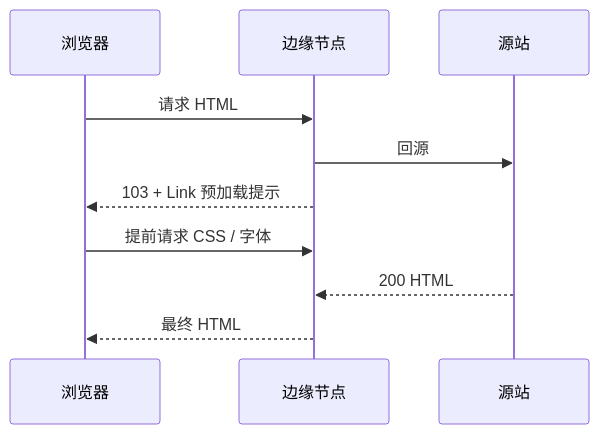
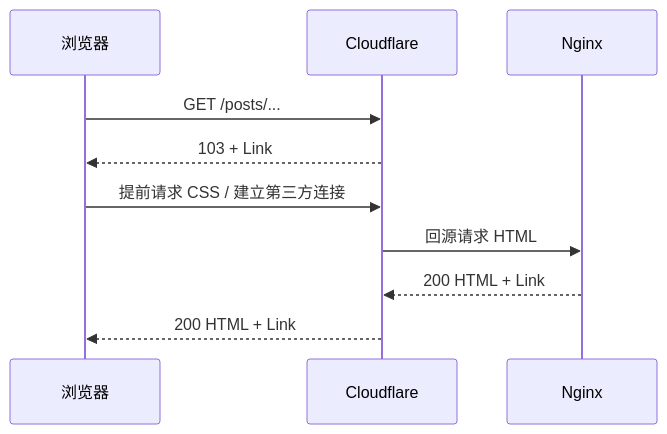
One commit to ljh12138164/blog changed the first of 2 diagrams in app/posts/cloudflare-http3-early-hints/page.mdx. Above: the diagram before and after it, drawn with Mermaid. The commit also changed other lines of this file and 13 other files, not shown here.

````diff
--- a/app/posts/cloudflare-http3-early-hints/page.mdx
+++ b/app/posts/cloudflare-http3-early-hints/page.mdx
@@ -27,12 +52,13 @@
 ```mermaid
 sequenceDiagram
   participant B as 浏览器
-  participant E as 边缘节点
-  participant O as 源站
-  B->>E: 请求 HTML
-  E->>O: 回源
-  E-->>B: 103 + Link 预加载提示
-  B->>E: 提前请求 CSS / 字体
-  O-->>E: 200 HTML
-  E-->>B: 最终 HTML
+  participant C as Cloudflare
+  participant N as Nginx
+
+  B->>C: GET /posts/...
+  C-->>B: 103 + Link
+  B->>C: 提前请求 CSS / 建立第三方连接
+  C->>N: 回源请求 HTML
+  N-->>C: 200 HTML + Link
+  C-->>B: 200 HTML + Link
 ```
````
